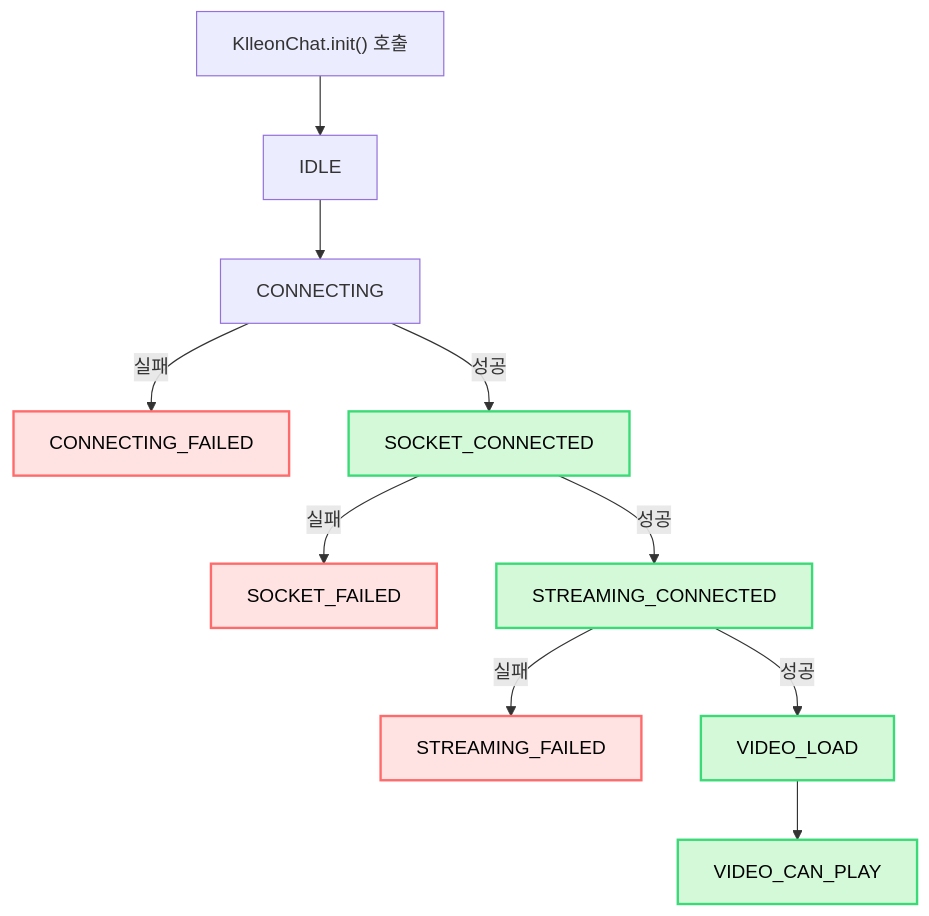
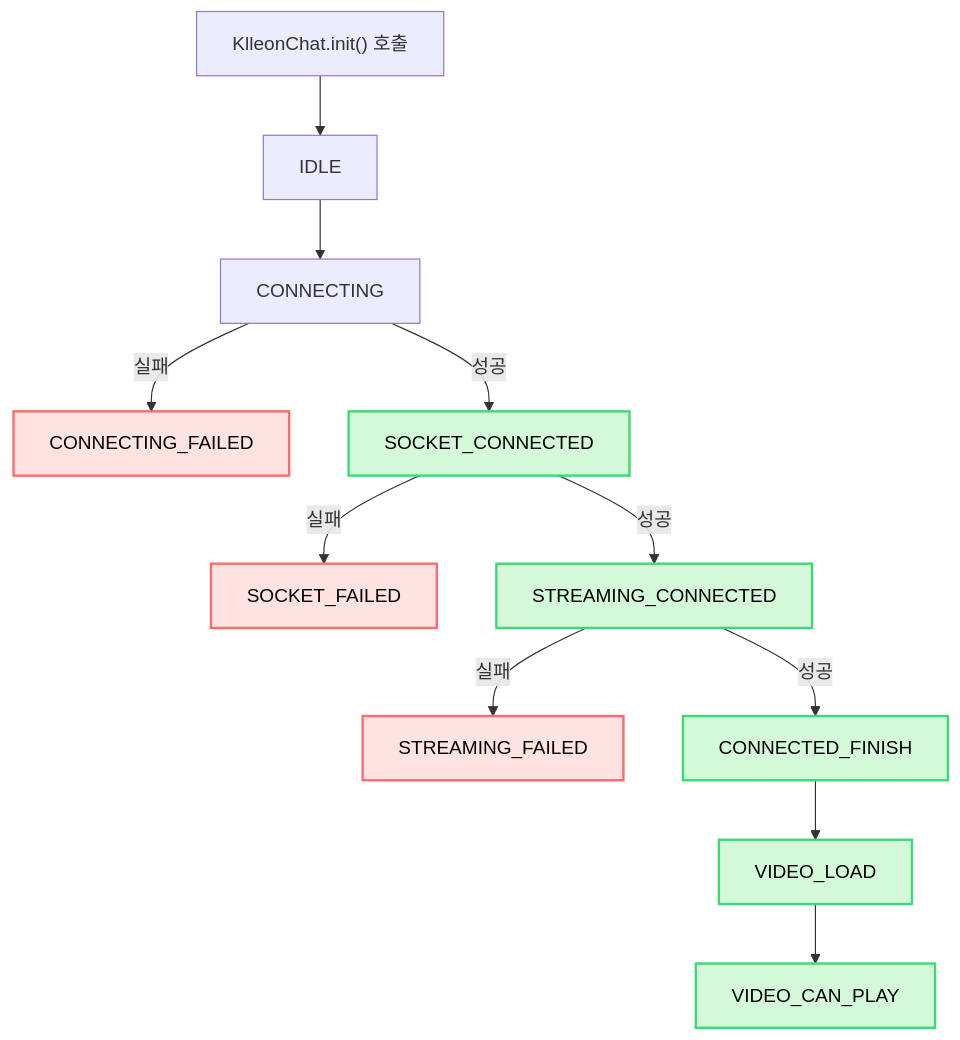
The third of 3 diagrams in docs/03-usage/03-sdk-event.mdx (klleon/web-sdk-docs), drawn with Mermaid before and after one commit. The commit also changed 5 other files, not shown here.

````diff
--- a/docs/03-usage/03-sdk-event.mdx
+++ b/docs/03-usage/03-sdk-event.mdx
@@ -164,19 +164,20 @@
 ```mermaid
 flowchart TD
     INIT["KlleonChat.init() 호출"] --> A[IDLE]
     A --> B[CONNECTING]
     B -->|실패| C[CONNECTING_FAILED]
     B -->|성공| D[SOCKET_CONNECTED]
     D -->|실패| I[SOCKET_FAILED]
     D -->|성공| E[STREAMING_CONNECTED]
     E -->|실패| J[STREAMING_FAILED]
-    E -->|성공| F[VIDEO_LOAD]
+    E -->|성공| H[CONNECTED_FINISH]
+    H --> F[VIDEO_LOAD]
     F --> G[VIDEO_CAN_PLAY]
 
     %% 스타일 지정
     classDef success fill:#d3f9d8,stroke:#3adb76,stroke-width:2px,color:#000;
     classDef failure fill:#ffe3e3,stroke:#ff6b6b,stroke-width:2px,color:#000;
 
-    class D,E,F,G success;
+    class D,E,H,F,G success;
     class C,I,J failure;
 ```
````
